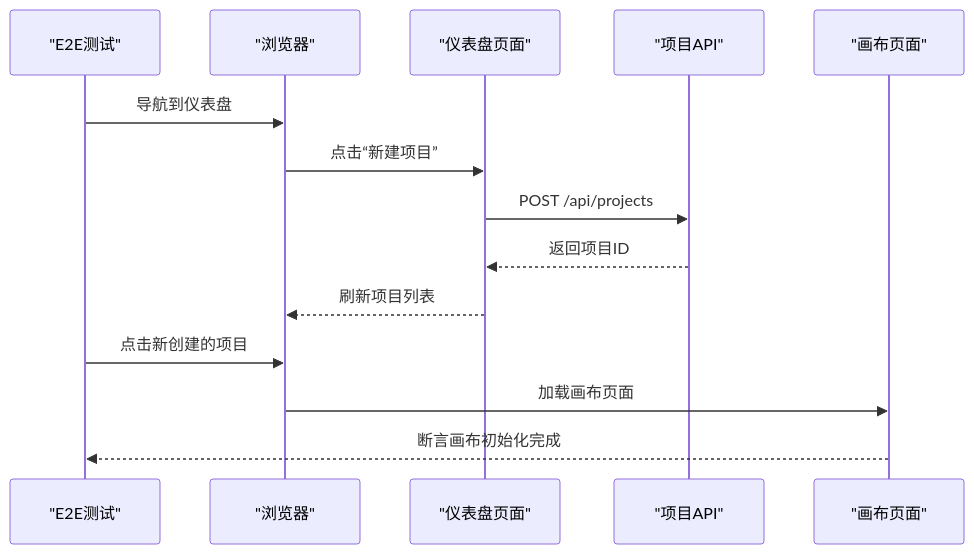
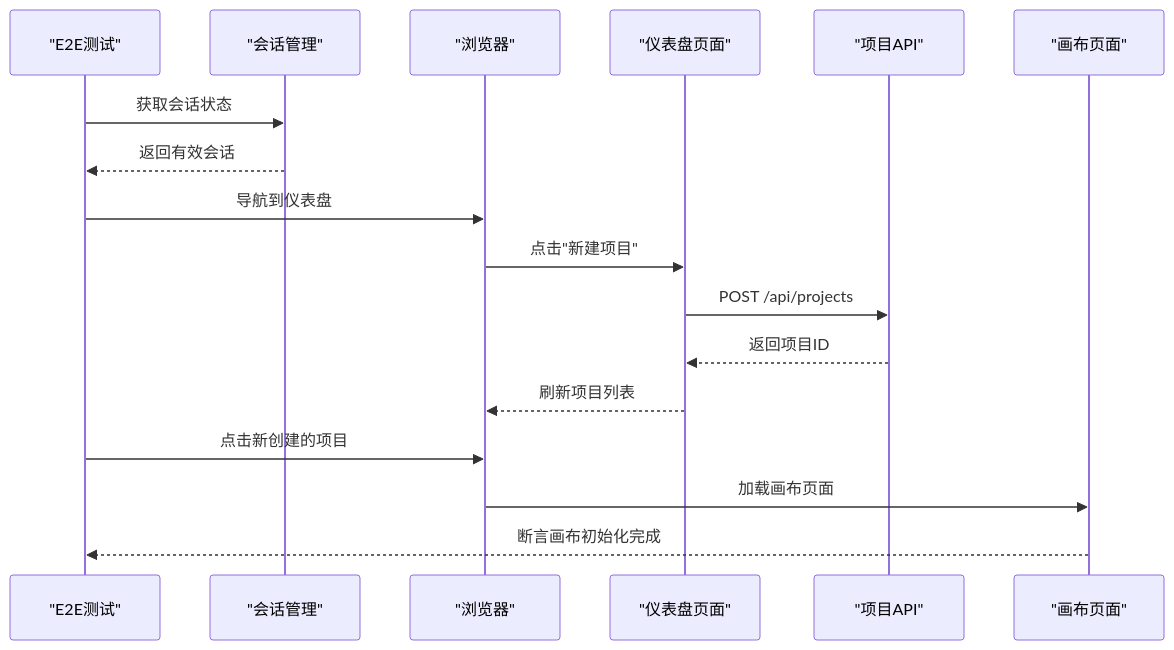
The fifth of 8 diagrams in .qoder/repowiki/zh/content/测试策略/端到端测试.md (scottcwy/PurpleInk), drawn with Mermaid before and after one commit. The commit also changed other lines of this file and 109 other files, not shown here.

````diff
--- a/.qoder/repowiki/zh/content/测试策略/端到端测试.md
+++ b/.qoder/repowiki/zh/content/测试策略/端到端测试.md
@@ -240,16 +300,19 @@
 ```mermaid
 sequenceDiagram
 participant Test as "E2E测试"
+participant Session as "会话管理"
 participant Browser as "浏览器"
 participant Dashboard as "仪表盘页面"
 participant API as "项目API"
 participant Canvas as "画布页面"
+Test->>Session : 获取会话状态
+Session-->>Test : 返回有效会话
 Test->>Browser : 导航到仪表盘
-Browser->>Dashboard : 点击“新建项目”
+Browser->>Dashboard : 点击"新建项目"
 Dashboard->>API : POST /api/projects
 API-->>Dashboard : 返回项目ID
 Dashboard-->>Browser : 刷新项目列表
 Test->>Browser : 点击新创建的项目
 Browser->>Canvas : 加载画布页面
 Canvas-->>Test : 断言画布初始化完成
 ```
````
